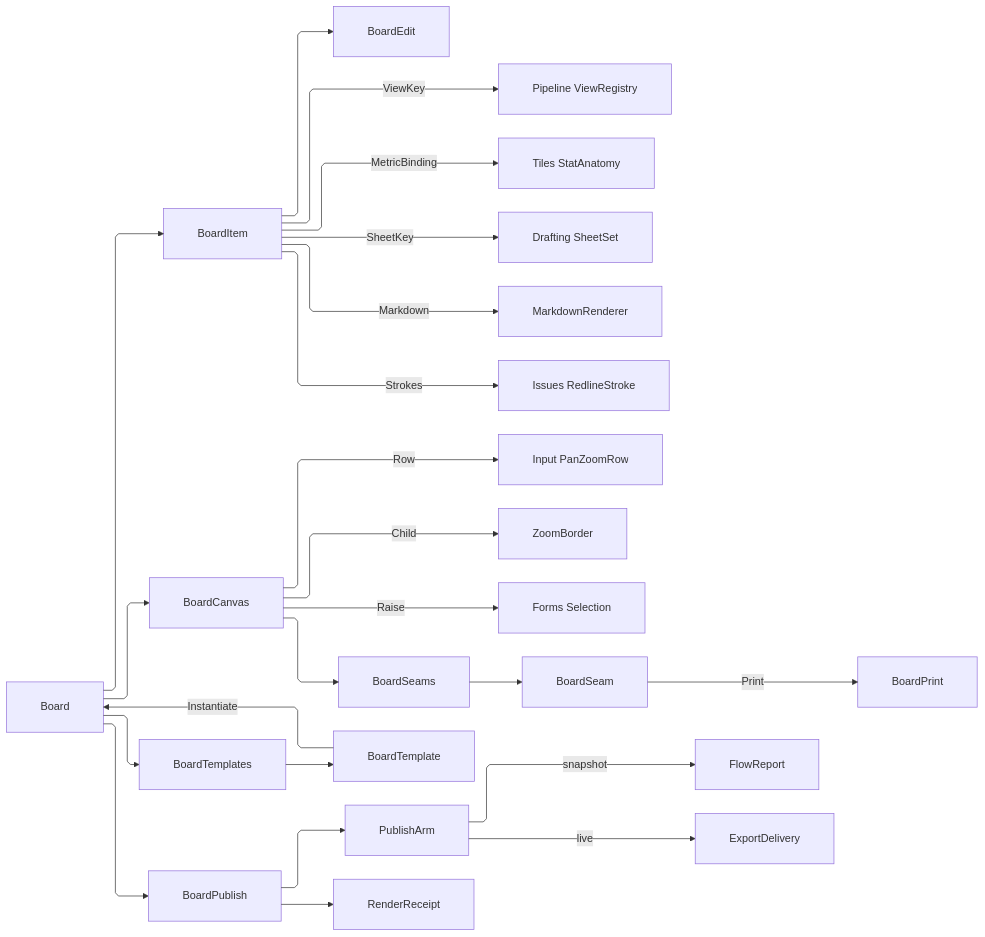
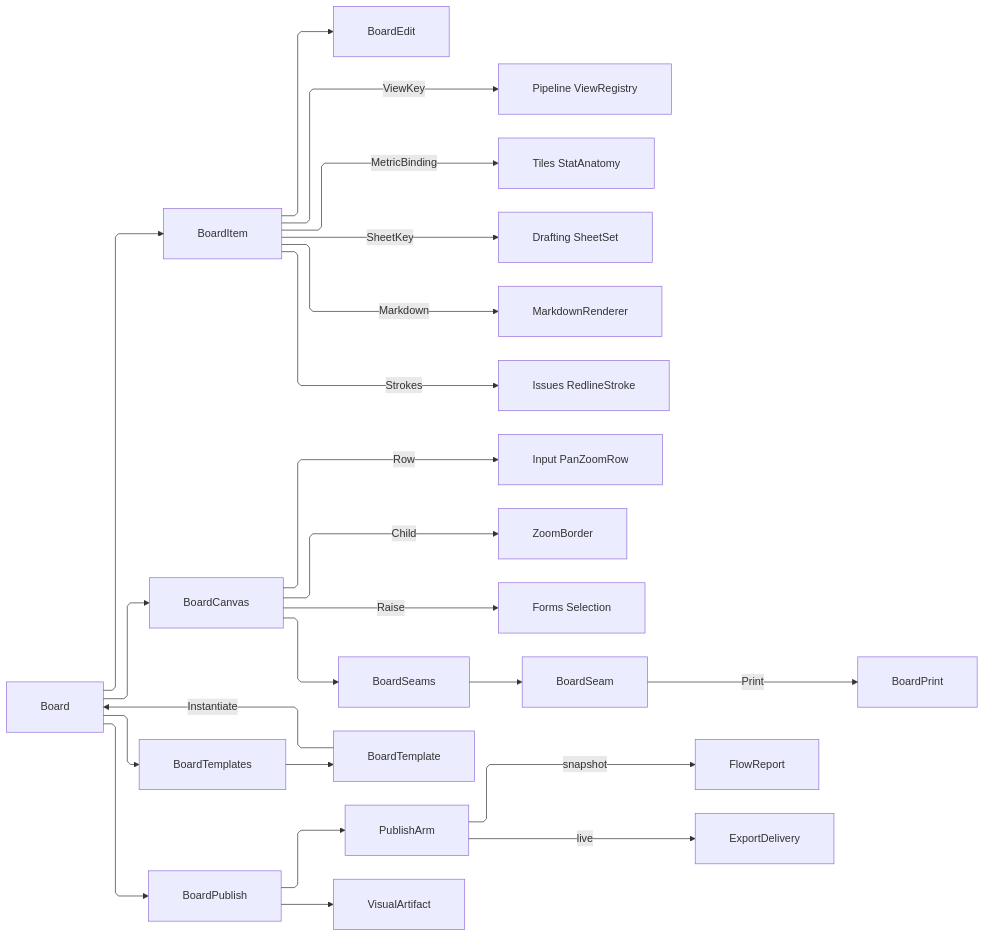
One commit to bsamiee/Rasm changed the diagram in libs/dotnet/Rasm.AppUi/.planning/Document/board.md. Above: the diagram before and after it, drawn with Mermaid. The commit also changed other lines of this file and 1417 other files, not shown here.

````diff
--- a/libs/dotnet/Rasm.AppUi/.planning/Document/board.md
+++ b/libs/dotnet/Rasm.AppUi/.planning/Document/board.md
@@ -660,34 +652,34 @@
 ```mermaid
 ---
 config:
   layout: elk
   flowchart:
     curve: linear
     padding: 25
 ---
 flowchart LR
     accTitle: Board placement model, canvas composition, templating, and the two publish arms
     accDescr: A board holding placement rows that reference settled owners by key, a canvas seating them inside the shared zoom-and-pan viewport with selection routed to the one gesture fold, a template lifting references into slots for reuse, and a publish fold whose arm rows deliver either a paginated report or a live-structure document through the one export plane.
     Board --> BoardItem
     BoardItem -->|ViewKey| ViewRegistry["Pipeline ViewRegistry"]
     BoardItem -->|MetricBinding| StatAnatomy["Tiles StatAnatomy"]
     BoardItem -->|SheetKey| SheetSet["Drafting SheetSet"]
     BoardItem -->|Markdown| MarkdownRenderer
     BoardItem -->|Strokes| RedlineStroke["Issues RedlineStroke"]
     BoardItem --> BoardEdit
     Board --> BoardCanvas
     BoardCanvas -->|Row| PanZoomRow["Input PanZoomRow"]
     BoardCanvas -->|Child| ZoomBorder
     BoardCanvas -->|Raise| Selection["Forms Selection"]
     BoardCanvas --> BoardSeams
     BoardSeams --> BoardSeam
     Board --> BoardTemplates
     BoardTemplates --> BoardTemplate
     BoardTemplate -->|Instantiate| Board
     Board --> BoardPublish
     BoardPublish --> PublishArm
     PublishArm -->|snapshot| FlowReport
     PublishArm -->|live| ExportDelivery
     BoardSeam -->|Print| BoardPrint
-    BoardPublish --> RenderReceipt
+    BoardPublish --> VisualArtifact
 ```
````
